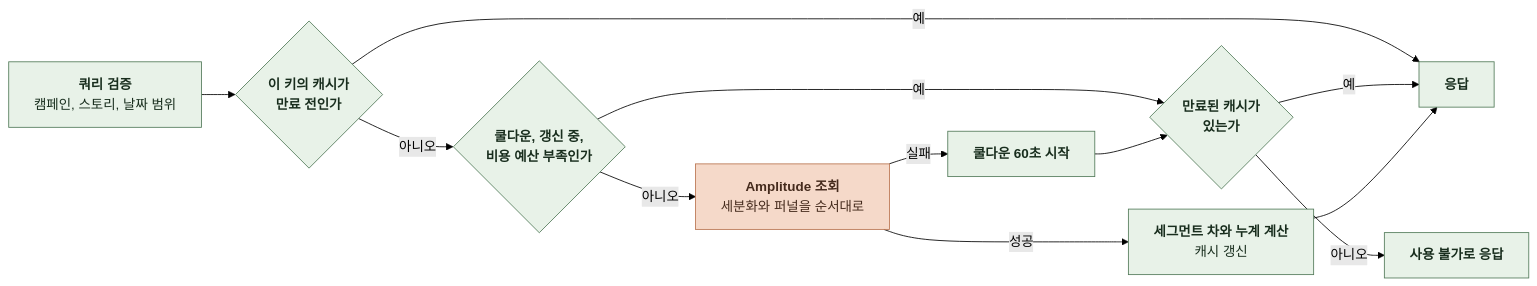
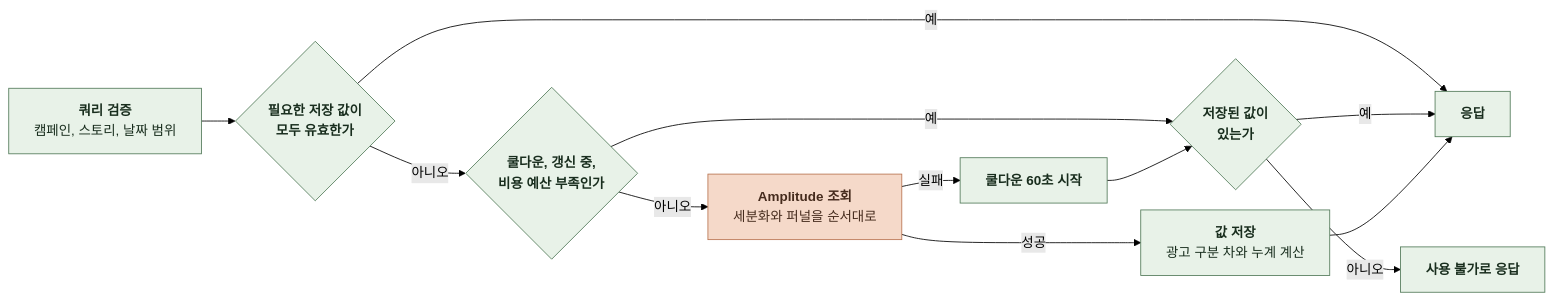
Before and after one commit to KIM-N-KANG/knk-harness: diagram 15 of 16 in docs/domain/ADMIN/BACKEND/4-1-PIPELINES.md, drawn with Mermaid (forest theme). The commit also changed other lines of this file and 12 other files, not shown here.

````diff
--- a/docs/domain/ADMIN/BACKEND/4-1-PIPELINES.md
+++ b/docs/domain/ADMIN/BACKEND/4-1-PIPELINES.md
@@ -454,25 +454,25 @@
 ```mermaid
 %%{init: {"flowchart": {"curve": "basis", "nodeSpacing": 24, "rankSpacing": 40}}}%%
 flowchart LR
     A["`**쿼리 검증**
-캠페인, 스토리, 날짜 범위`"] --> B{"`**이 키의 캐시가
-만료 전인가**`"}
+캠페인, 스토리, 날짜 범위`"] --> B{"`**필요한 저장 값이
+모두 유효한가**`"}
     B -->|예| E["`**응답**`"]
     B -->|아니오| F{"`**쿨다운, 갱신 중,
 비용 예산 부족인가**`"}
-    F -->|예| G{"`**만료된 캐시가
+    F -->|예| G{"`**저장된 값이
 있는가**`"}
     G -->|예| E
     G -->|아니오| X["`**사용 불가로 응답**`"]
     F -->|아니오| C["`**Amplitude 조회**
 세분화와 퍼널을 순서대로`"]
-    C -->|성공| D["`**세그먼트 차와 누계 계산**
-캐시 갱신`"]
+    C -->|성공| D["`**값 저장**
+광고 구분 차와 누계 계산`"]
     D --> E
     C -->|실패| H["`**쿨다운 60초 시작**`"]
     H --> G
     classDef comp fill:#E8F2E8,stroke:#527A59,color:#182D1D
     classDef task fill:#F5D9C9,stroke:#B97450,color:#452B1D
     class A,B,D,E,F,G,H,X comp
     class C task
 ```
````
